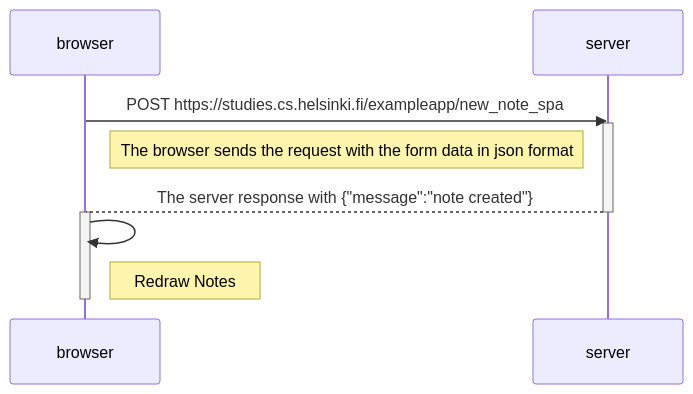
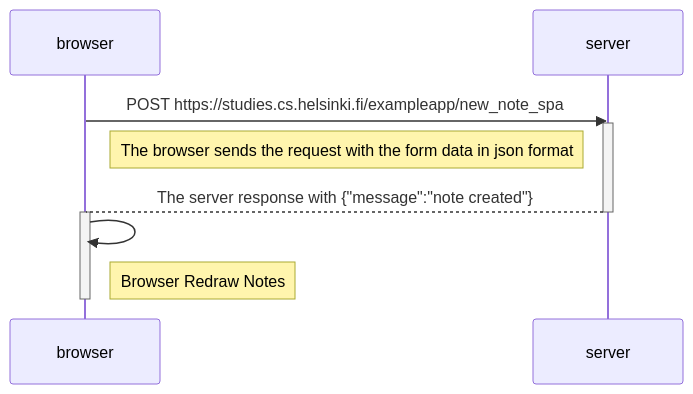
One commit to carlos-dev-research/full-stack-open-course changed the fourth of 4 diagrams in part0/sequenceDiagrams.md. Above: the diagram before and after it, drawn with Mermaid.

````diff
--- a/part0/sequenceDiagrams.md
+++ b/part0/sequenceDiagrams.md
@@ -101,15 +101,15 @@
 ```mermaid
 sequenceDiagram
     participant browser
     participant server
 
     browser->>server: POST https://studies.cs.helsinki.fi/exampleapp/new_note_spa
     activate server
     Note right of browser: The browser sends the request with the form data in json format
     server-->browser: The server response with {"message":"note created"}
     deactivate server
     activate browser
     browser->>browser: 
-    Note right of browser: Redraw Notes
+    Note right of browser: Browser Redraw Notes
     deactivate browser
 ```
````
